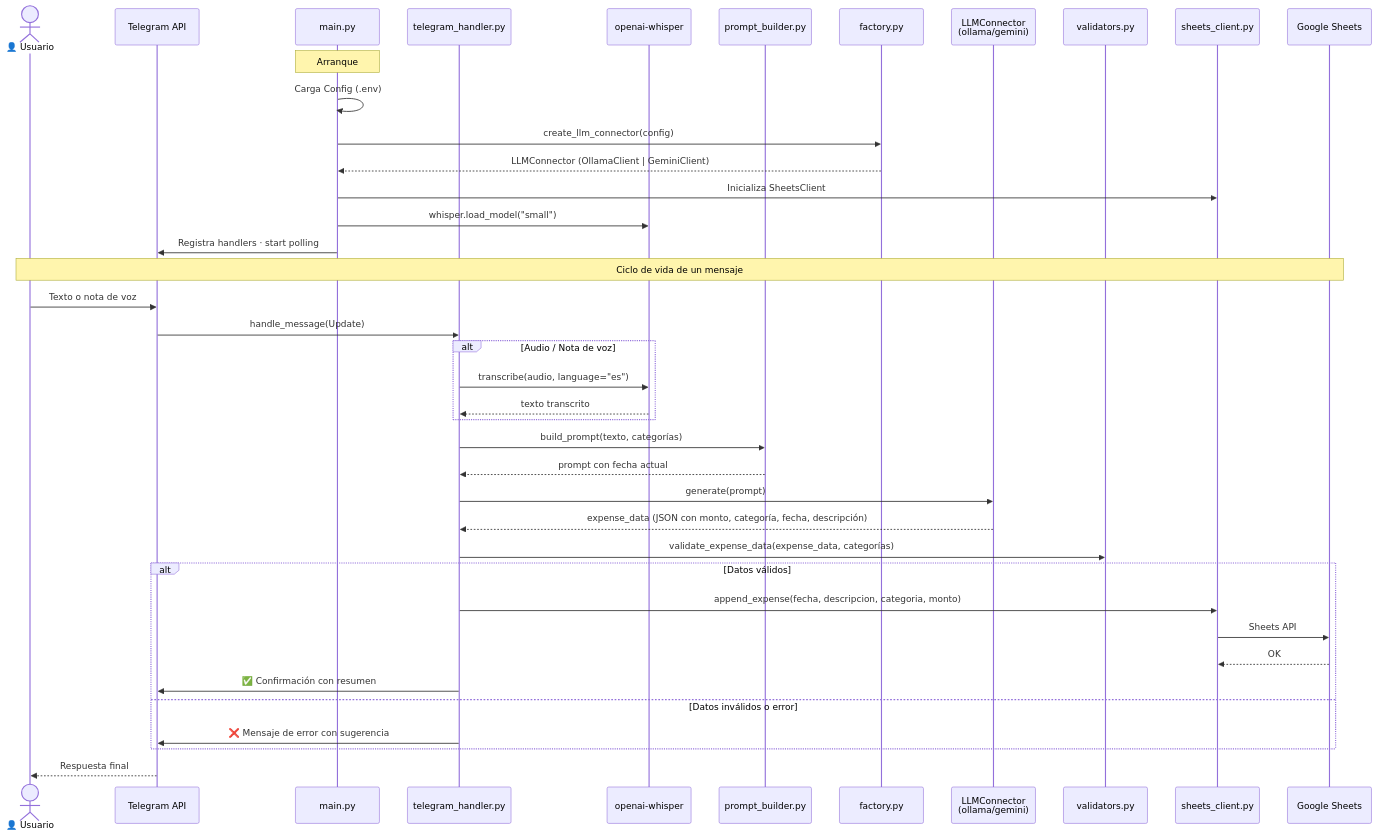
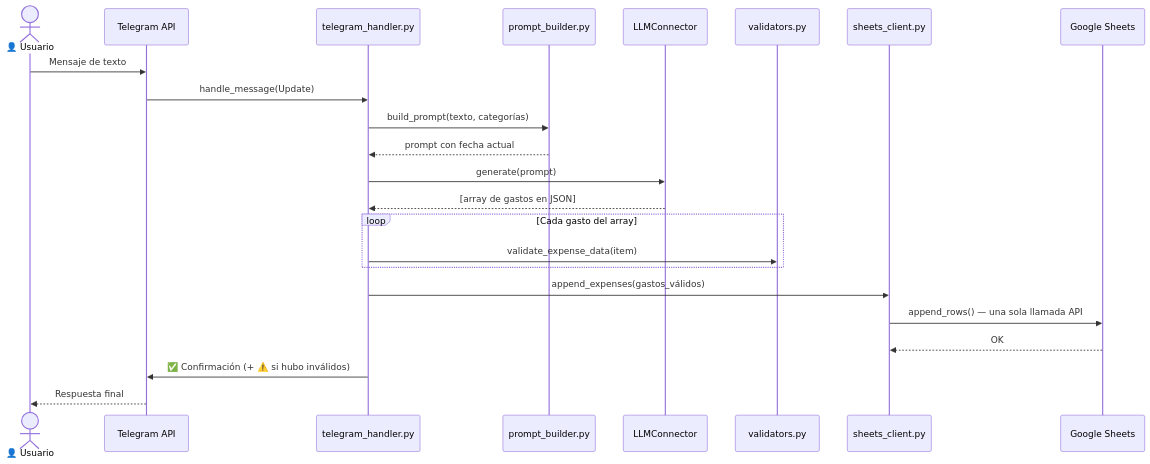
One commit to StepanovArt/expense-tracker changed the second of 2 diagrams in README.md. Above: the diagram before and after it, drawn with Mermaid. The commit also changed other lines of this file, not shown here.

````diff
--- a/README.md
+++ b/README.md
@@ -105,49 +77,28 @@
 ```mermaid
 sequenceDiagram
     actor User as 👤 Usuario
     participant TG as Telegram API
-    participant Main as main.py
     participant Handler as telegram_handler.py
-    participant Whisper as openai-whisper
     participant Prompt as prompt_builder.py
-    participant LLMFactory as factory.py
-    participant LLMConn as LLMConnector<br/>(ollama/gemini)
+    participant LLMConn as LLMConnector
     participant Val as validators.py
     participant Sheets as sheets_client.py
     participant GS as Google Sheets
 
-    Note over Main: Arranque
-    Main->>Main: Carga Config (.env)
-    Main->>LLMFactory: create_llm_connector(config)
-    LLMFactory-->>Main: LLMConnector (OllamaClient | GeminiClient)
-    Main->>Sheets: Inicializa SheetsClient
-    Main->>Whisper: whisper.load_model("small")
-    Main->>TG: Registra handlers · start polling
-
-    Note over User,GS: Ciclo de vida de un mensaje
-    User->>TG: Texto o nota de voz
+    User->>TG: Mensaje de texto
     TG->>Handler: handle_message(Update)
-
-    alt Audio / Nota de voz
-        Handler->>Whisper: transcribe(audio, language="es")
-        Whisper-->>Handler: texto transcrito
-    end
-
     Handler->>Prompt: build_prompt(texto, categorías)
     Prompt-->>Handler: prompt con fecha actual
     Handler->>LLMConn: generate(prompt)
-    LLMConn-->>Handler: expense_data (JSON con monto, categoría, fecha, descripción)
+    LLMConn-->>Handler: [array de gastos en JSON]
 
-    Handler->>Val: validate_expense_data(expense_data, categorías)
-
-    alt Datos válidos
-        Handler->>Sheets: append_expense(fecha, descripcion, categoria, monto)
-        Sheets->>GS: Sheets API
-        GS-->>Sheets: OK
-        Handler->>TG: ✅ Confirmación con resumen
-    else Datos inválidos o error
-        Handler->>TG: ❌ Mensaje de error con sugerencia
+    loop Cada gasto del array
+        Handler->>Val: validate_expense_data(item)
     end
 
+    Handler->>Sheets: append_expenses(gastos_válidos)
+    Sheets->>GS: append_rows() — una sola llamada API
+    GS-->>Sheets: OK
+    Handler->>TG: ✅ Confirmación (+ ⚠️ si hubo inválidos)
     TG-->>User: Respuesta final
 ```
````
